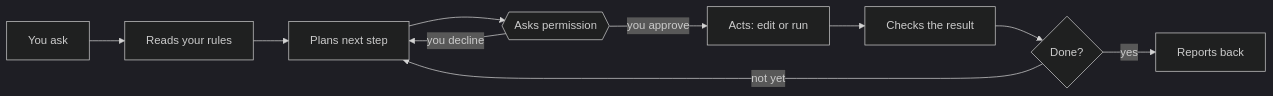
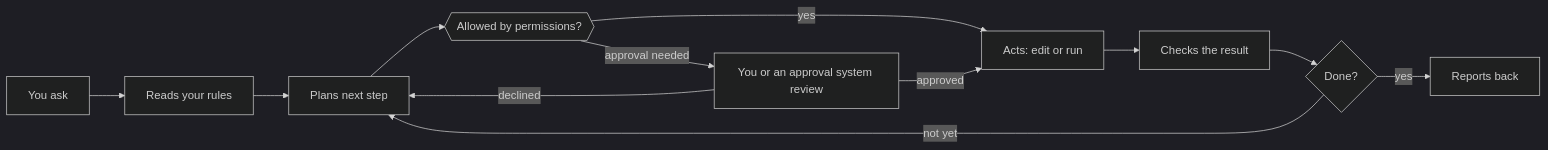
One commit to rahu-protocol/chief-of-staff-agent changed the diagram in docs/01-start-here.md. Above: the diagram before and after it, drawn with Mermaid (dark theme). The commit also changed other lines of this file and 30 other files, not shown here.

````diff
--- a/docs/01-start-here.md
+++ b/docs/01-start-here.md
@@ -19,12 +19,14 @@
 ```mermaid
 flowchart LR
     ask[You ask] --> rules[Reads your rules]
     rules --> plan[Plans next step]
-    plan --> perm{{Asks permission}}
-    perm -- you approve --> act[Acts: edit or run]
-    perm -- you decline --> plan
+    plan --> perm{{Allowed by permissions?}}
+    perm -- yes --> act[Acts: edit or run]
+    perm -- approval needed --> review[You or an approval system review]
+    review -- approved --> act
+    review -- declined --> plan
     act --> check[Checks the result]
     check --> done{Done?}
     done -- not yet --> plan
     done -- yes --> report[Reports back]
 ```
````
